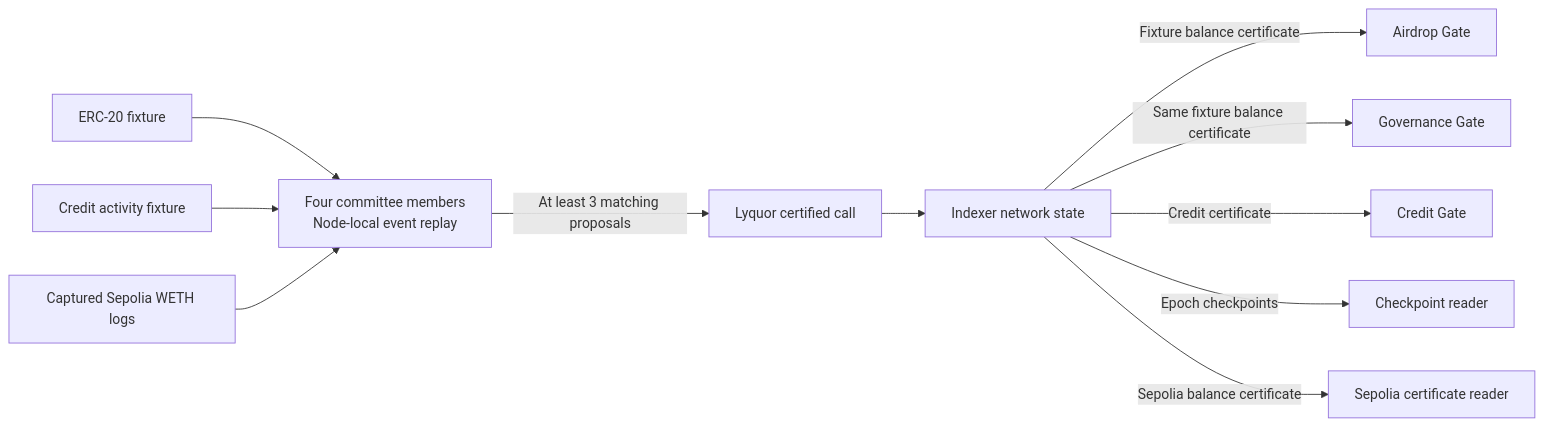
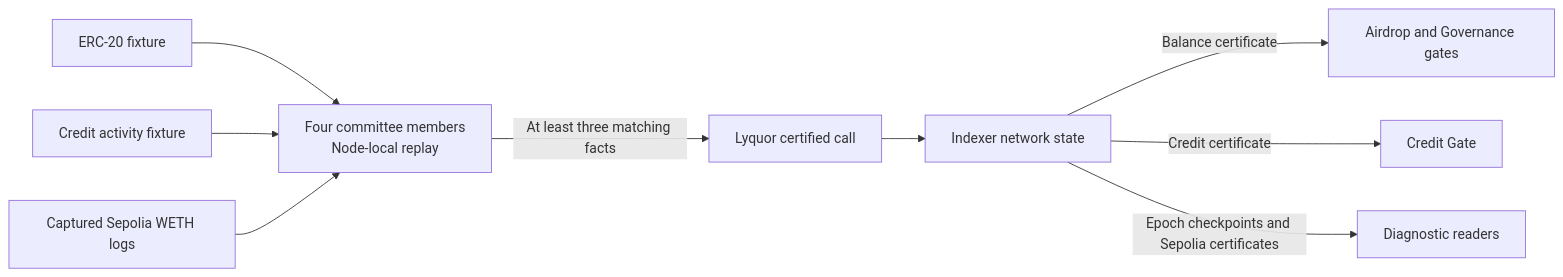
One commit to jerryluo0517-cyber/holderproof changed the diagram in docs/reports/CS5298_FINAL_REPORT.md. Above: the diagram before and after it, drawn with Mermaid. The commit also changed other lines of this file and 1 other file, not shown here.

````diff
--- a/docs/reports/CS5298_FINAL_REPORT.md
+++ b/docs/reports/CS5298_FINAL_REPORT.md
@@ -33,13 +35,11 @@
 ```mermaid
 flowchart LR
-    A["ERC-20 fixture"] --> D["Four committee members<br/>Node-local event replay"]
+    A["ERC-20 fixture"] --> D["Four committee members<br/>Node-local replay"]
     B["Credit activity fixture"] --> D
     C["Captured Sepolia WETH logs"] --> D
-    D -->|"At least 3 matching proposals"| E["Lyquor certified call"]
+    D -->|"At least three matching facts"| E["Lyquor certified call"]
     E --> I["Indexer network state"]
-    I -->|"Fixture balance certificate"| F["Airdrop Gate"]
-    I -->|"Same fixture balance certificate"| G["Governance Gate"]
-    I -->|"Credit certificate"| H["Credit Gate"]
-    I -->|"Epoch checkpoints"| J["Checkpoint reader"]
-    I -->|"Sepolia balance certificate"| K["Sepolia certificate reader"]
+    I -->|"Balance certificate"| F["Airdrop and Governance gates"]
+    I -->|"Credit certificate"| G["Credit Gate"]
+    I -->|"Epoch checkpoints and Sepolia certificates"| H["Diagnostic readers"]
 ```
````
